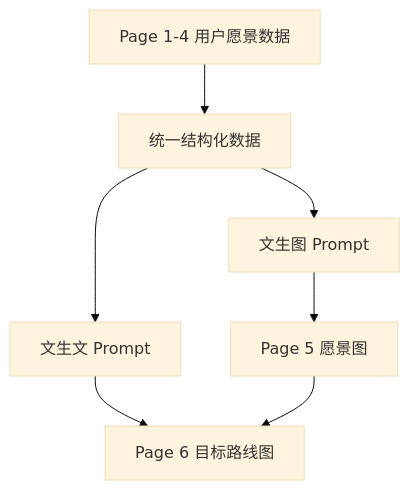
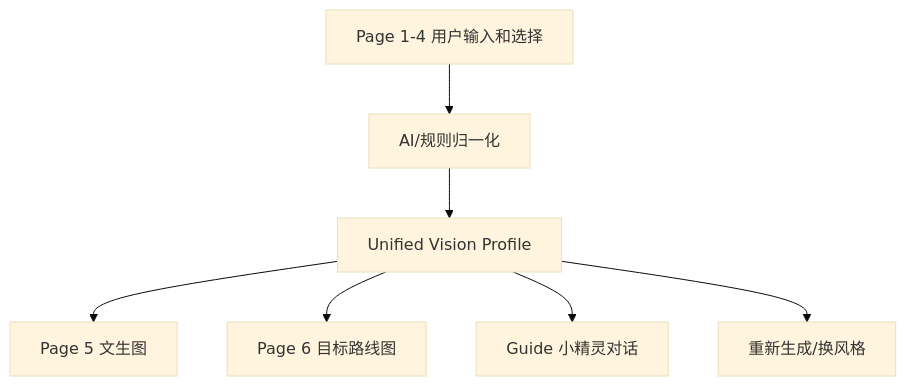
The third of 4 diagrams in docs/visionboard-info-collection-prd.md (Teresa9999/VisionBoard), drawn with Mermaid (base theme) before and after one commit. The commit also changed other lines of this file and 13 other files, not shown here.

````diff
--- a/docs/visionboard-info-collection-prd.md
+++ b/docs/visionboard-info-collection-prd.md
@@ -727,9 +107,9 @@
 ```mermaid
 flowchart TD
-  A["Page 1-4 用户愿景数据"] --> B["统一结构化数据"]
-  B --> C["文生图 Prompt"]
-  B --> D["文生文 Prompt"]
-  C --> E["Page 5 愿景图"]
-  D --> F["Page 6 目标路线图"]
-  E --> F
+  A["Page 1-4 用户输入和选择"] --> B["AI/规则归一化"]
+  B --> C["Unified Vision Profile"]
+  C --> D["Page 5 文生图"]
+  C --> E["Page 6 目标路线图"]
+  C --> F["Guide 小精灵对话"]
+  C --> G["重新生成/换风格"]
 ```
````
